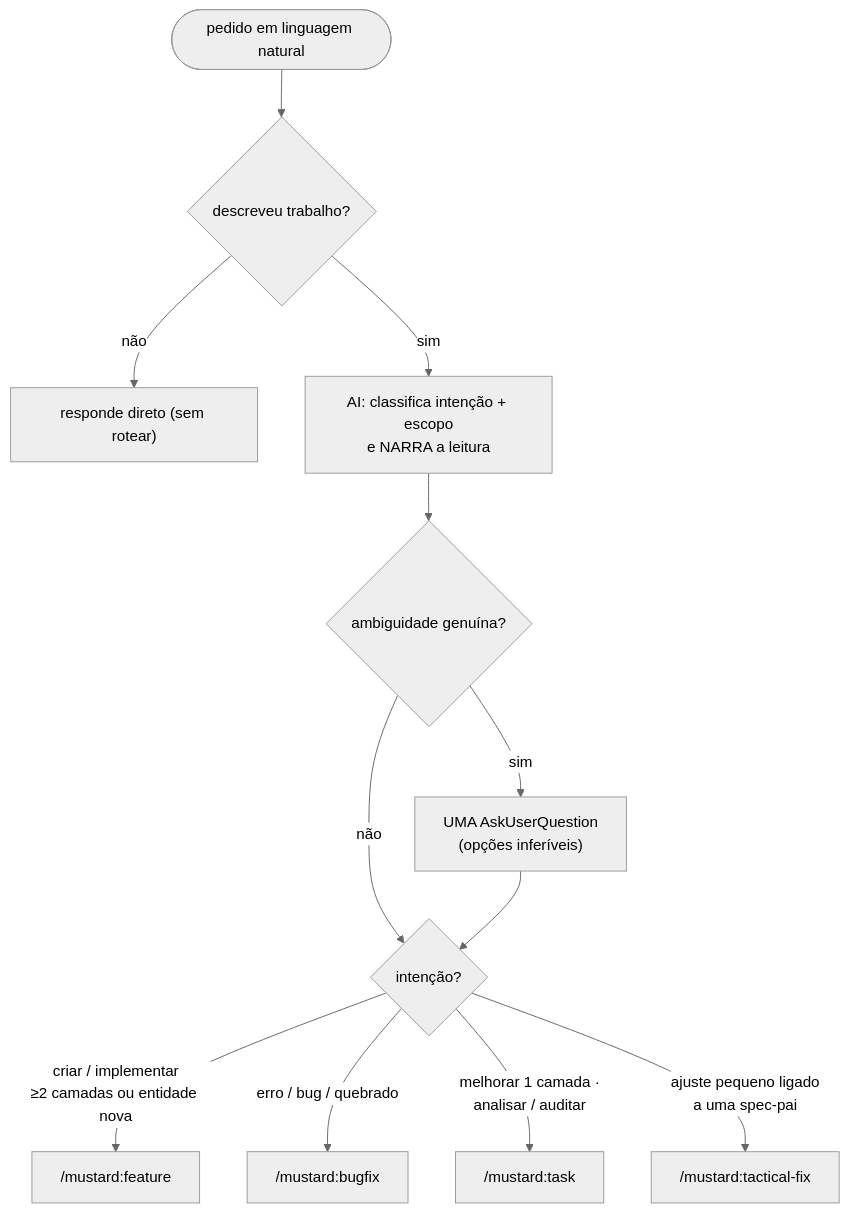
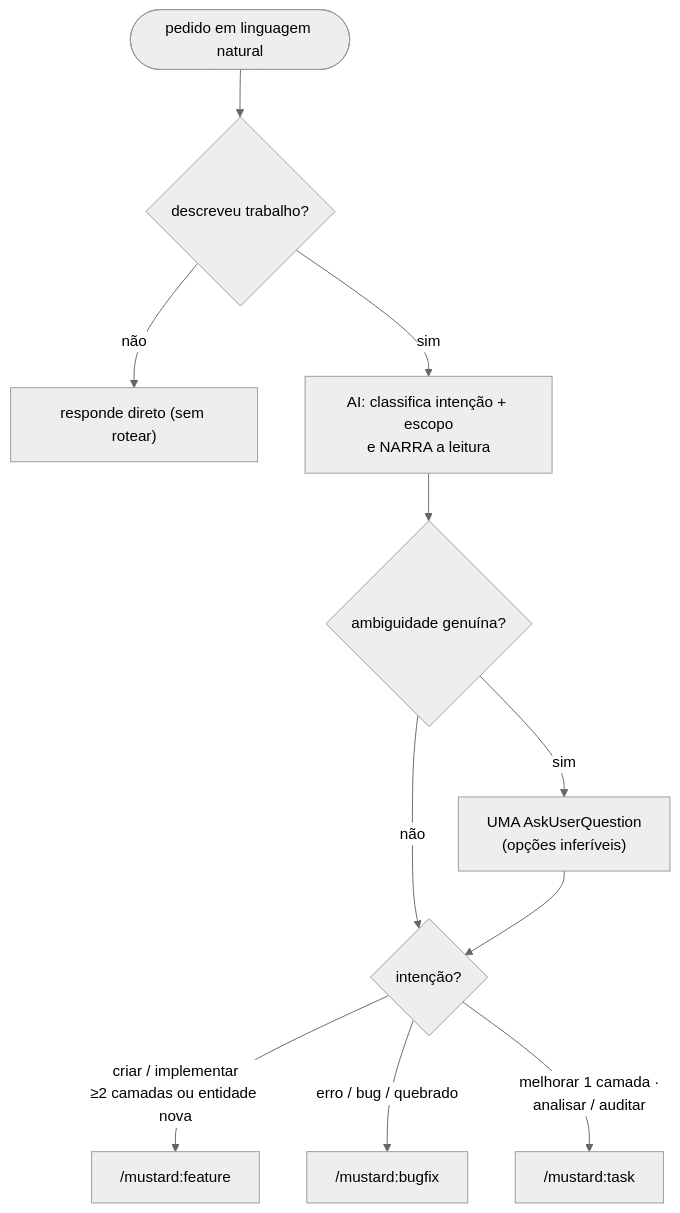
Before and after one commit to rubensrpj/mustard: the third of 11 diagrams in MUSTARD-COMMANDS.md, drawn with Mermaid (neutral theme). The commit also changed other lines of this file and 22 other files, not shown here.

````diff
--- a/MUSTARD-COMMANDS.md
+++ b/MUSTARD-COMMANDS.md
@@ -99,14 +95,13 @@
 ```mermaid
 flowchart TD
     start(["pedido em linguagem natural"]) --> desc{"descreveu trabalho?"}
     desc -->|não| help["responde direto (sem rotear)"]
     desc -->|sim| classify["AI: classifica intenção + escopo<br/>e NARRA a leitura"]
     classify --> amb{"ambiguidade genuína?"}
     amb -->|sim| ask["UMA AskUserQuestion<br/>(opções inferíveis)"]
     amb -->|não| route
     ask --> route{"intenção?"}
     route -->|"criar / implementar<br/>≥2 camadas ou entidade nova"| f["/mustard:feature"]
     route -->|"erro / bug / quebrado"| b["/mustard:bugfix"]
     route -->|"melhorar 1 camada ·<br/>analisar / auditar"| t["/mustard:task"]
-    route -->|"ajuste pequeno ligado<br/>a uma spec-pai"| tfx["/mustard:tactical-fix"]
 ```
````
